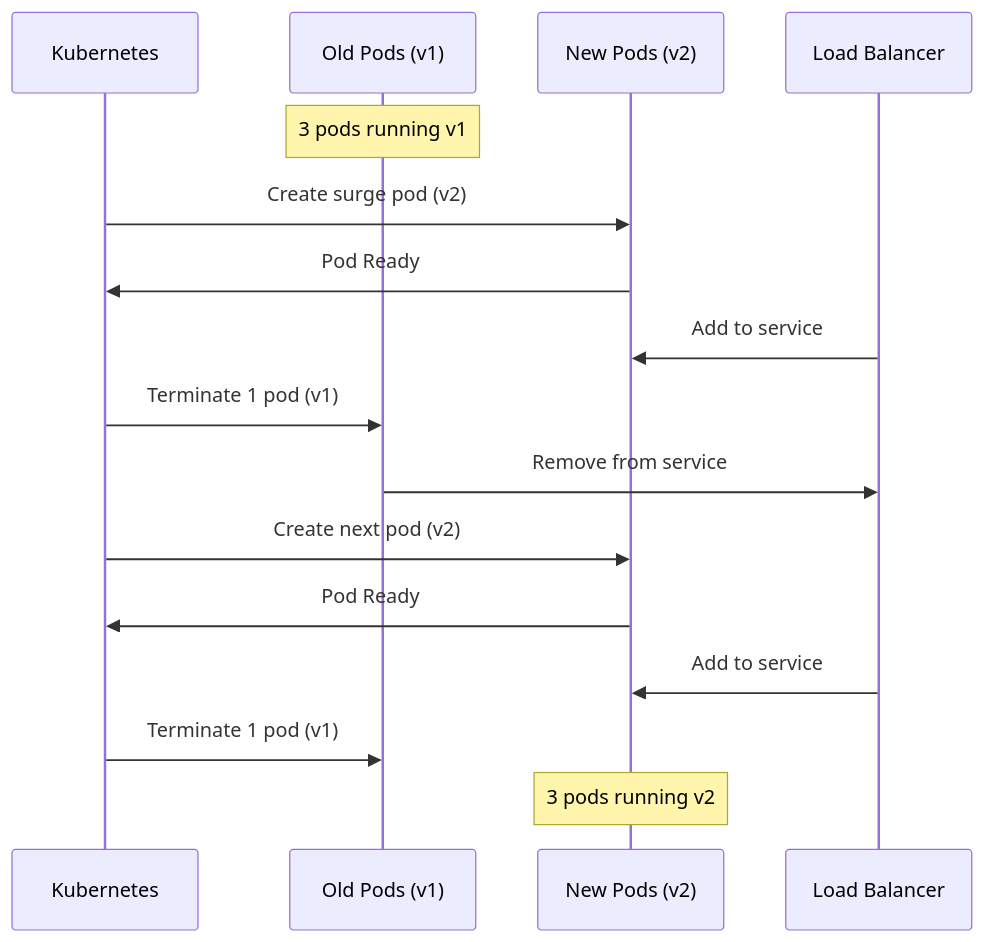
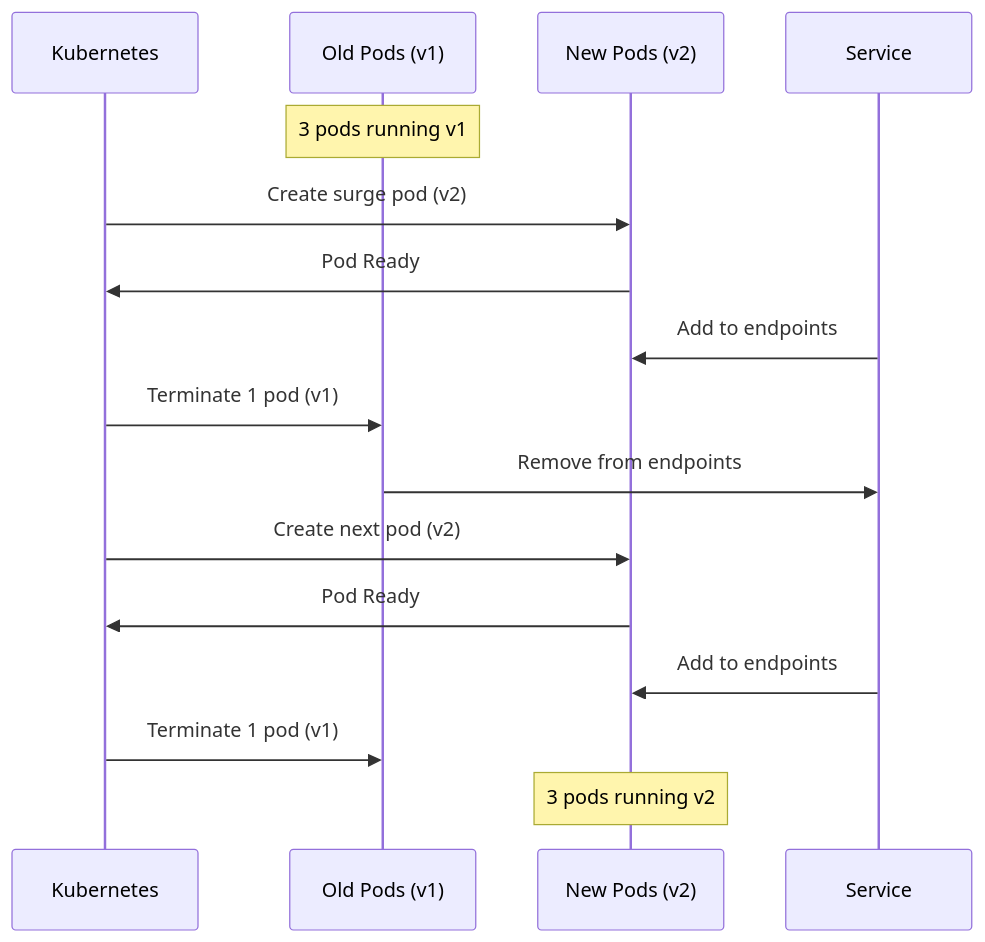
One commit to OneUptime/blog changed the first of 2 diagrams in posts/2026-01-30-max-surge-configuration/README.md. Above: the diagram before and after it, drawn with Mermaid. The commit also changed other lines of this file and 2 other files, not shown here.

````diff
--- a/posts/2026-01-30-max-surge-configuration/README.md
+++ b/posts/2026-01-30-max-surge-configuration/README.md
@@ -30,19 +30,19 @@
 ```mermaid
 sequenceDiagram
     participant K8s as Kubernetes
     participant Old as Old Pods (v1)
     participant New as New Pods (v2)
-    participant LB as Load Balancer
+    participant SVC as Service
 
     Note over Old: 3 pods running v1
     K8s->>New: Create surge pod (v2)
     New->>K8s: Pod Ready
-    LB->>New: Add to service
+    SVC->>New: Add to endpoints
     K8s->>Old: Terminate 1 pod (v1)
-    Old->>LB: Remove from service
+    Old->>SVC: Remove from endpoints
     K8s->>New: Create next pod (v2)
     New->>K8s: Pod Ready
-    LB->>New: Add to service
+    SVC->>New: Add to endpoints
     K8s->>Old: Terminate 1 pod (v1)
     Note over New: 3 pods running v2
 ```
````
